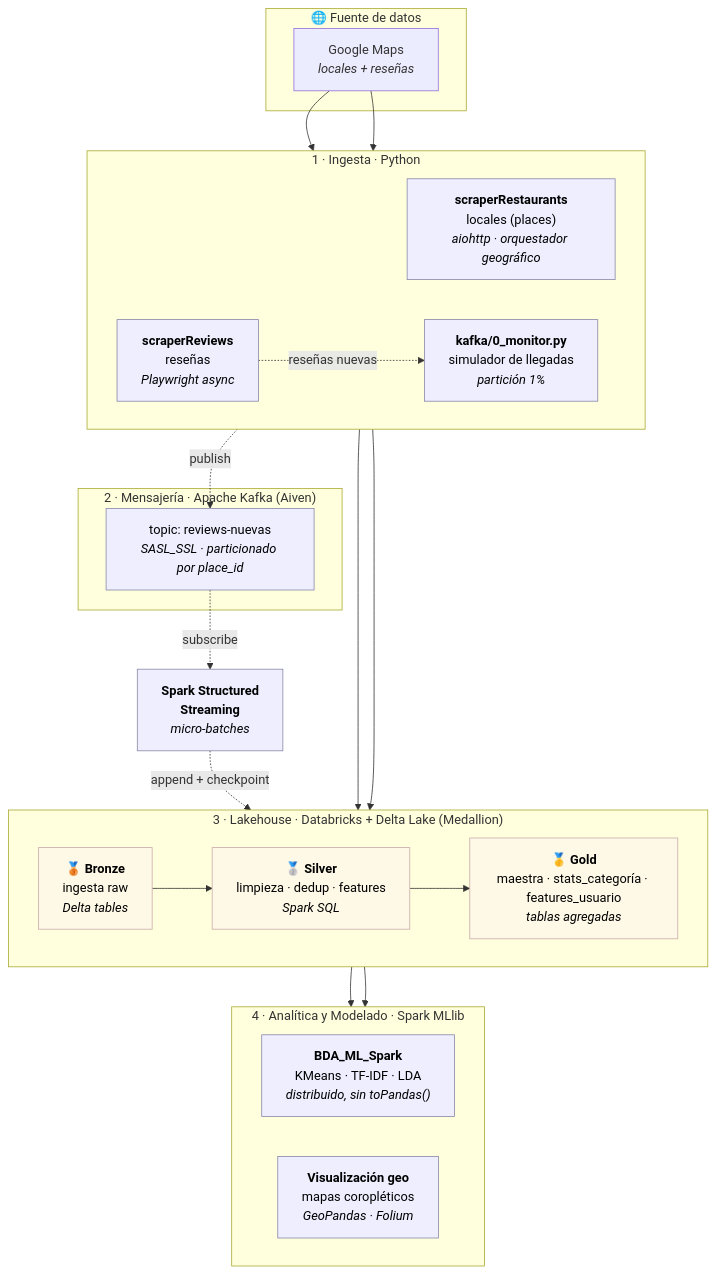
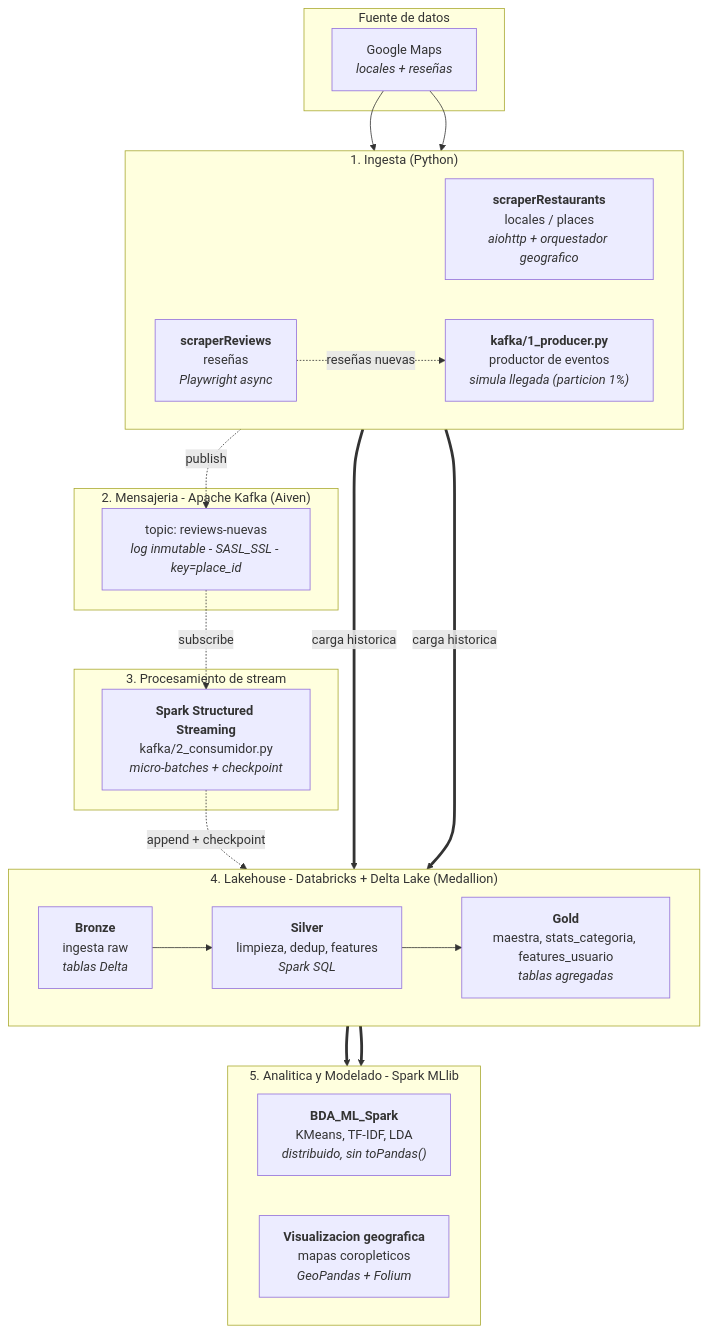
Before and after one commit to fabrizziomcl/bda-pi: the diagram in README.md, drawn with Mermaid. The commit also changed other lines of this file, not shown here.

````diff
--- a/README.md
+++ b/README.md
@@ -18,48 +20,45 @@
 ```mermaid
 flowchart TB
-    subgraph FUENTE["🌐 Fuente de datos"]
+    subgraph FUENTE["Fuente de datos"]
         GM["Google Maps<br/><i>locales + reseñas</i>"]
     end
 
-    subgraph INGESTA["1 · Ingesta · Python"]
+    subgraph INGESTA["1. Ingesta (Python)"]
         direction LR
-        SR["<b>scraperRestaurants</b><br/>locales (places)<br/><i>aiohttp · orquestador geográfico</i>"]
+        SR["<b>scraperRestaurants</b><br/>locales / places<br/><i>aiohttp + orquestador geografico</i>"]
         SV["<b>scraperReviews</b><br/>reseñas<br/><i>Playwright async</i>"]
-        MON["<b>kafka/0_monitor.py</b><br/>simulador de llegadas<br/><i>partición 1%</i>"]
+        PROD["<b>kafka/1_producer.py</b><br/>productor de eventos<br/><i>simula llegada (particion 1%)</i>"]
     end
 
-    subgraph BROKER["2 · Mensajería · Apache Kafka (Aiven)"]
-        TOPIC["topic: reviews-nuevas<br/><i>SASL_SSL · particionado por place_id</i>"]
+    subgraph BROKER["2. Mensajeria - Apache Kafka (Aiven)"]
+        TOPIC["topic: reviews-nuevas<br/><i>log inmutable - SASL_SSL - key=place_id</i>"]
     end
 
-    subgraph LAKE["3 · Lakehouse · Databricks + Delta Lake (Medallion)"]
+    subgraph PROC["3. Procesamiento de stream"]
+        SC["<b>Spark Structured Streaming</b><br/>kafka/2_consumidor.py<br/><i>micro-batches + checkpoint</i>"]
+    end
+
+    subgraph LAKE["4. Lakehouse - Databricks + Delta Lake (Medallion)"]
         direction LR
-        BRONZE["🥉 <b>Bronze</b><br/>ingesta raw<br/><i>Delta tables</i>"]
-        SILVER["🥈 <b>Silver</b><br/>limpieza · dedup · features<br/><i>Spark SQL</i>"]
-        GOLD["🥇 <b>Gold</b><br/>maestra · stats_categoría · features_usuario<br/><i>tablas agregadas</i>"]
+        BRONZE["<b>Bronze</b><br/>ingesta raw<br/><i>tablas Delta</i>"]
+        SILVER["<b>Silver</b><br/>limpieza, dedup, features<br/><i>Spark SQL</i>"]
+        GOLD["<b>Gold</b><br/>maestra, stats_categoria, features_usuario<br/><i>tablas agregadas</i>"]
         BRONZE --> SILVER --> GOLD
     end
 
-    subgraph ANALITICA["4 · Analítica y Modelado · Spark MLlib"]
+    subgraph ANALITICA["5. Analitica y Modelado - Spark MLlib"]
         direction LR
-        ML["<b>BDA_ML_Spark</b><br/>KMeans · TF-IDF · LDA<br/><i>distribuido, sin toPandas()</i>"]
-        VIZ["<b>Visualización geo</b><br/>mapas coropléticos<br/><i>GeoPandas · Folium</i>"]
+        ML["<b>BDA_ML_Spark</b><br/>KMeans, TF-IDF, LDA<br/><i>distribuido, sin toPandas()</i>"]
+        VIZ["<b>Visualizacion geografica</b><br/>mapas coropleticos<br/><i>GeoPandas + Folium</i>"]
     end
 
-    SC["<b>Spark Structured<br/>Streaming</b><br/><i>micro-batches</i>"]
-
     GM --> SR & SV
-    SR --> BRONZE
-    SV --> BRONZE
-    SV -.->|reseñas nuevas| MON
-    MON -.->|publish| TOPIC
+    SR ==>|carga historica| BRONZE
+    SV ==>|carga historica| BRONZE
+    SV -.->|reseñas nuevas| PROD
+    PROD -.->|publish| TOPIC
     TOPIC -.->|subscribe| SC
     SC -.->|append + checkpoint| BRONZE
-    GOLD --> ML
-    GOLD --> VIZ
-
-    classDef tech fill:#eef,stroke:#88a,color:#000;
-    classDef lake fill:#fef9e7,stroke:#caa,color:#000;
-    class SR,SV,MON,TOPIC,ML,VIZ,SC tech;
-    class BRONZE,SILVER,GOLD lake;
+    GOLD ==> ML
+    GOLD ==> VIZ
 ```
````
